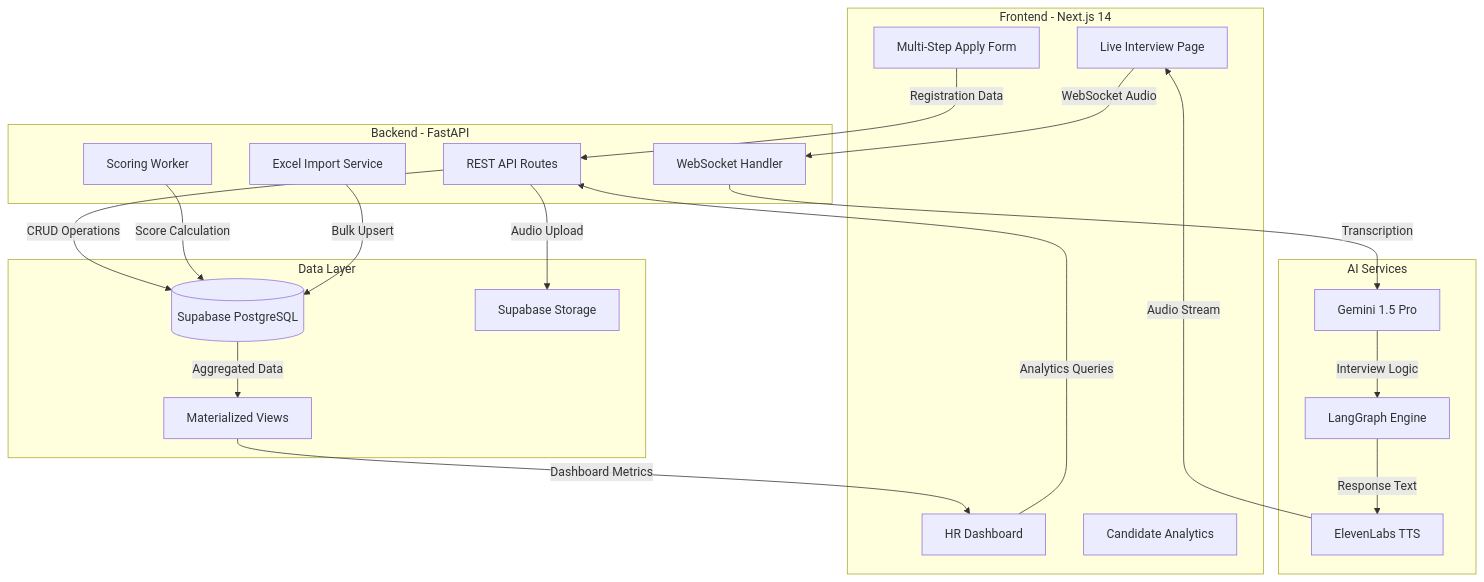
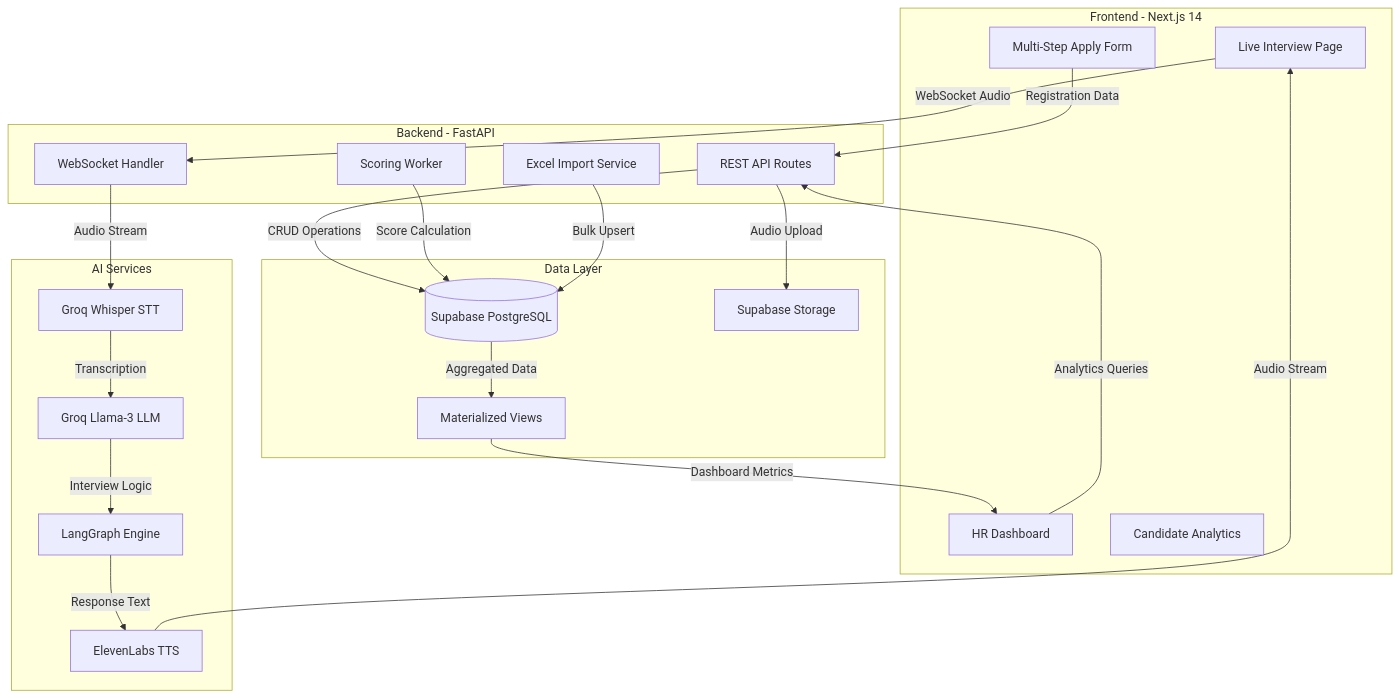
One commit to Saif-Alqdessi/Sarah-HR changed the diagram in README.md. Above: the diagram before and after it, drawn with Mermaid. The commit also changed other lines of this file, not shown here.

````diff
--- a/README.md
+++ b/README.md
@@ -71,45 +72,47 @@
 ```mermaid
 flowchart TB
     subgraph "Frontend - Next.js 14"
         A1[Multi-Step Apply Form]
         A2[Live Interview Page]
         A3[HR Dashboard]
         A4[Candidate Analytics]
     end
     
     subgraph "Backend - FastAPI"
         B1[REST API Routes]
         B2[WebSocket Handler]
         B3[Scoring Worker]
         B4[Excel Import Service]
     end
     
     subgraph "AI Services"
-        C1[Gemini 1.5 Pro]
-        C2[ElevenLabs TTS]
-        C3[LangGraph Engine]
+        C1[Groq Whisper STT]
+        C2[Groq Llama-3 LLM]
+        C3[ElevenLabs TTS]
+        C4[LangGraph Engine]
     end
     
     subgraph "Data Layer"
         D1[(Supabase PostgreSQL)]
         D2[Supabase Storage]
         D3[Materialized Views]
     end
     
     A1 -->|Registration Data| B1
     A2 -->|WebSocket Audio| B2
     A3 -->|Analytics Queries| B1
     
-    B2 -->|Transcription| C1
-    C1 -->|Interview Logic| C3
-    C3 -->|Response Text| C2
-    C2 -->|Audio Stream| A2
+    B2 -->|Audio Stream| C1
+    C1 -->|Transcription| C2
+    C2 -->|Interview Logic| C4
+    C4 -->|Response Text| C3
+    C3 -->|Audio Stream| A2
     
     B1 -->|CRUD Operations| D1
     B3 -->|Score Calculation| D1
     B4 -->|Bulk Upsert| D1
     B1 -->|Audio Upload| D2
     
     D1 -->|Aggregated Data| D3
     D3 -->|Dashboard Metrics| A3
 ```
````
